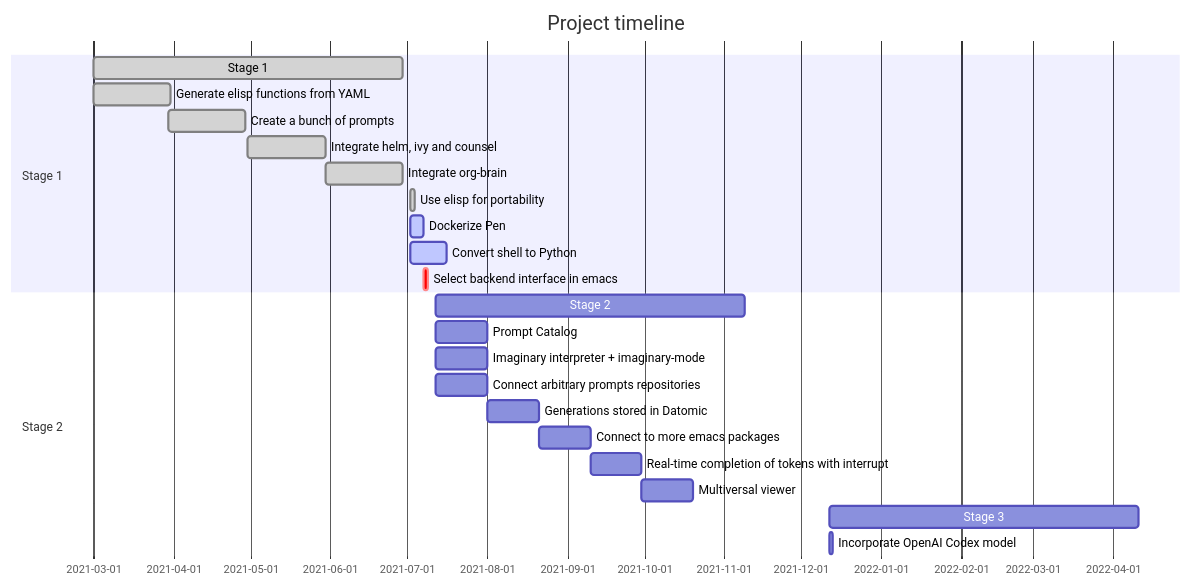
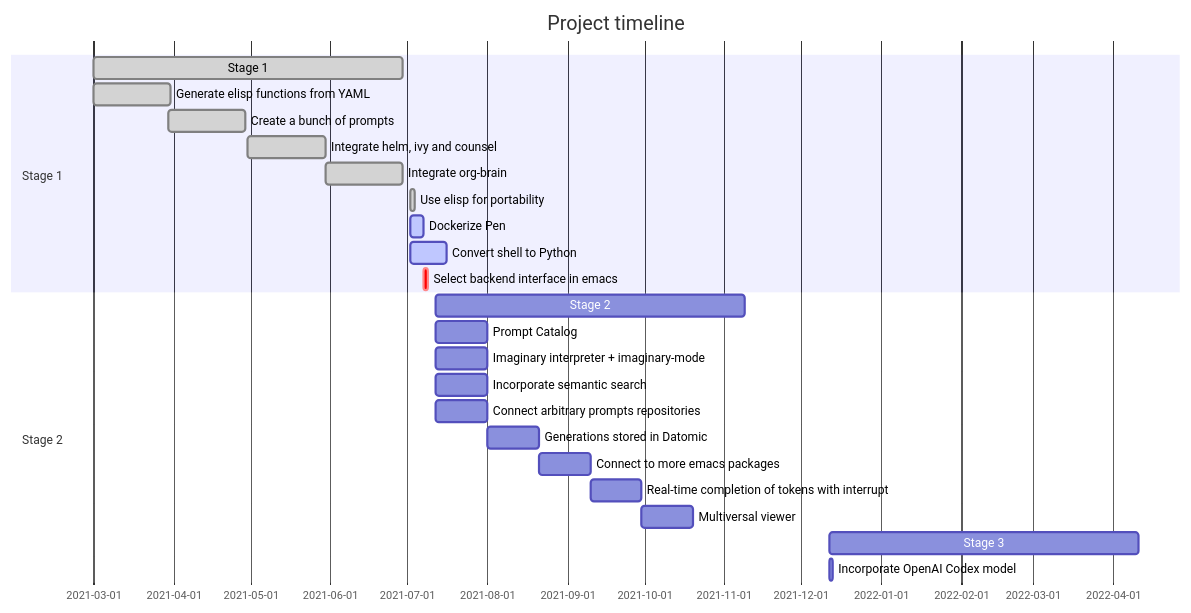
Before and after one commit to semiosis/pen.el: the diagram in docs/README.org, drawn with Mermaid.

Commit message:
Fri 02 Jul 2021 19:31:35

```diff
--- a/docs/README.org
+++ b/docs/README.org
@@ -31,26 +31,27 @@
 #+BEGIN_SRC mermaid :results raw :file project-timeline.png
   gantt
           title Project timeline
           dateFormat  YYYY-MM-DD
           section Stage 1
           Stage 1  :done, :s1, 2021-03-01, 120d
           Generate elisp functions from YAML  :done,  :a1, 2021-03-01, 30d
           Create a bunch of prompts  :done,   :a3, 2021-03-30, 30d
           Integrate helm, ivy and counsel  :done,   :a4, 2021-04-30, 30d
           Integrate org-brain  :done,   :a5, 2021-05-30, 30d
           Use elisp for portability :done,  :b2, 2021-07-02, 2d
           Dockerize Pen : active, b3, after b2 , 5d
           Convert shell to Python : active, b4, after b2 , 14d
           Select backend interface in emacs :crit, after b3, 2d
           section Stage 2
           Stage 2  :s2, 2021-07-12, 120d
           Prompt Catalog : b6a, 2021-07-12, 20d
           Imaginary interpreter + imaginary-mode : b11, 2021-07-12, 20d
+          Incorporate semantic search : b12, 2021-07-12, 20d
           Connect arbitrary prompts repositories : b6, 2021-07-12, 20d
           Generations stored in Datomic : b7, after b6, 20d
           Connect to more emacs packages : b8, after b7 , 20d
           Real-time completion of tokens with interrupt : b9, after b8, 20d
           Multiversal viewer : b10, after b9, 20d
           Stage 3  :s2, 2021-12-12, 120d
           Incorporate OpenAI Codex model : c1, 2021-12-12, 1d
 #+END_SRC
```
